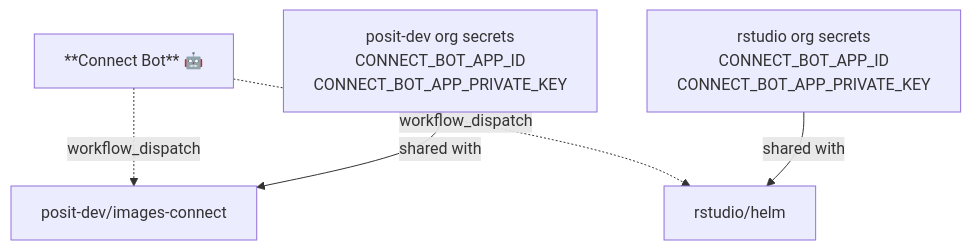
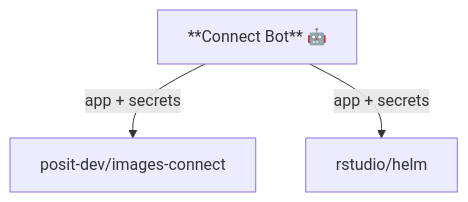
Before and after one commit to posit-dev/images-shared: the second of 5 diagrams in pulumi/github/github-apps/README.md, drawn with Mermaid. The commit also changed other lines of this file, not shown here.

First line of the commit message:
Simplify bot diagrams to two line types

````diff
--- a/pulumi/github/github-apps/README.md
+++ b/pulumi/github/github-apps/README.md
@@ -31,13 +57,7 @@
 ```mermaid
 graph TD
     BOT["**Connect Bot** 🤖"]
 
-    BOT -.->|"workflow_dispatch"| IC["posit-dev/images-connect"]
-    BOT -.->|"workflow_dispatch"| HELM["rstudio/helm"]
-
-    SECRET_PD["posit-dev org secrets<br/>CONNECT_BOT_APP_ID<br/>CONNECT_BOT_APP_PRIVATE_KEY"]
-    SECRET_RS["rstudio org secrets<br/>CONNECT_BOT_APP_ID<br/>CONNECT_BOT_APP_PRIVATE_KEY"]
-
-    SECRET_PD -->|shared with| IC
-    SECRET_RS -->|shared with| HELM
+    BOT -->|app + secrets| IC["posit-dev/images-connect"]
+    BOT -->|app + secrets| HELM["rstudio/helm"]
 ```
````
